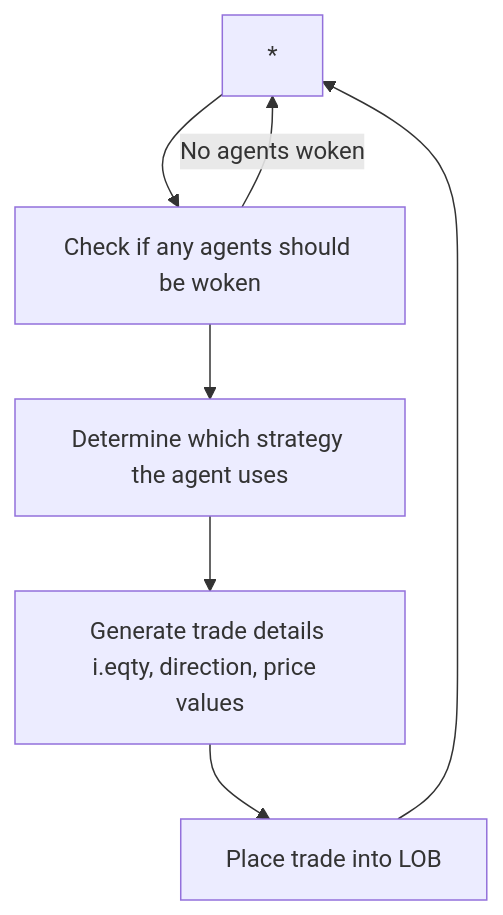
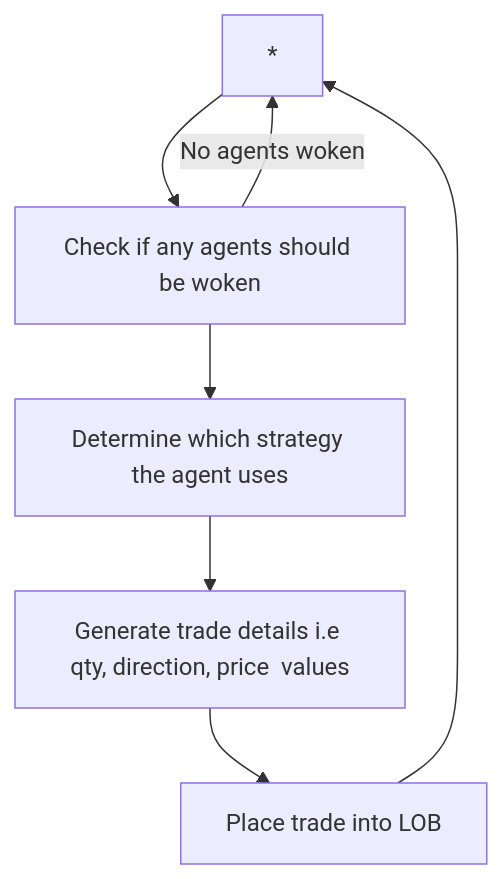
One commit to patrick-liston/Market_Simulator_dev changed the second of 2 diagrams in README.md. Above: the diagram before and after it, drawn with Mermaid. The commit also changed other lines of this file, not shown here.

````diff
--- a/README.md
+++ b/README.md
@@ -66,14 +73,14 @@
 ```mermaid
 flowchart TD
     A[*] --> B[Check if any agents should be woken];
     B -- No agents woken --> A;
     
     B--> C[Determine which strategy the agent uses];
 
-    C --> E[Generate trade details i.eqty, direction, price  values];
+    C --> E[Generate trade details i.e qty, direction, price  values];
 
     E --> F[Place trade into LOB];
 
     F--> A;
  
 ```
````
